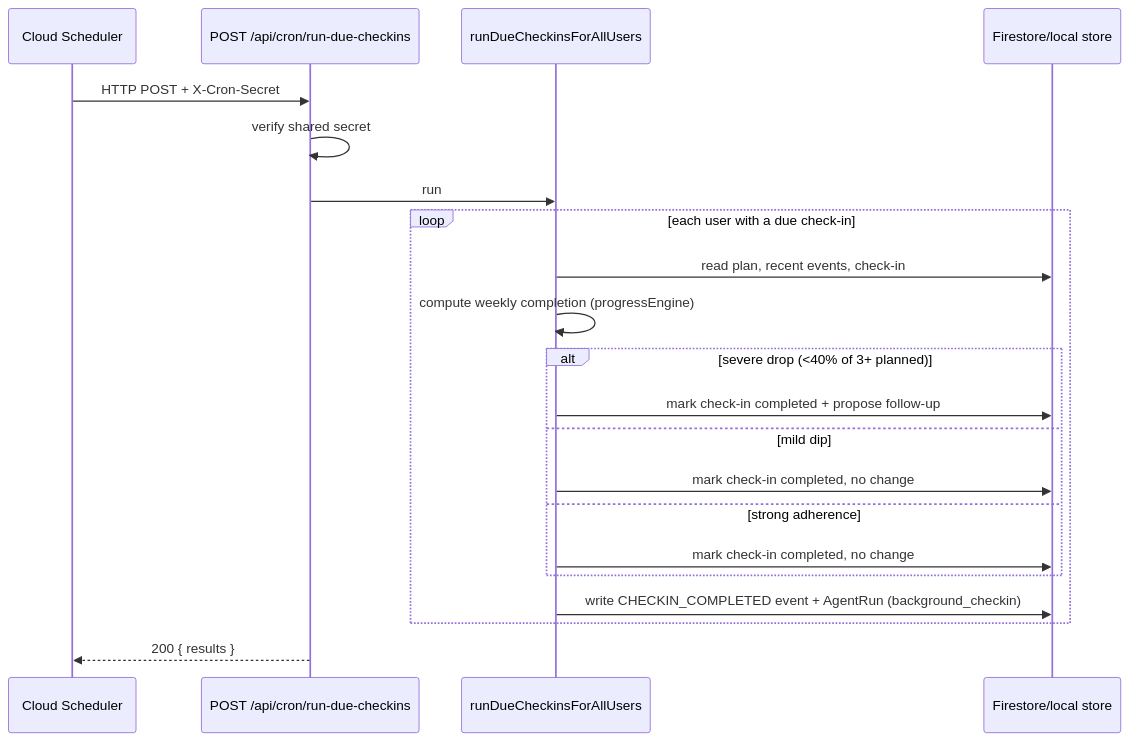
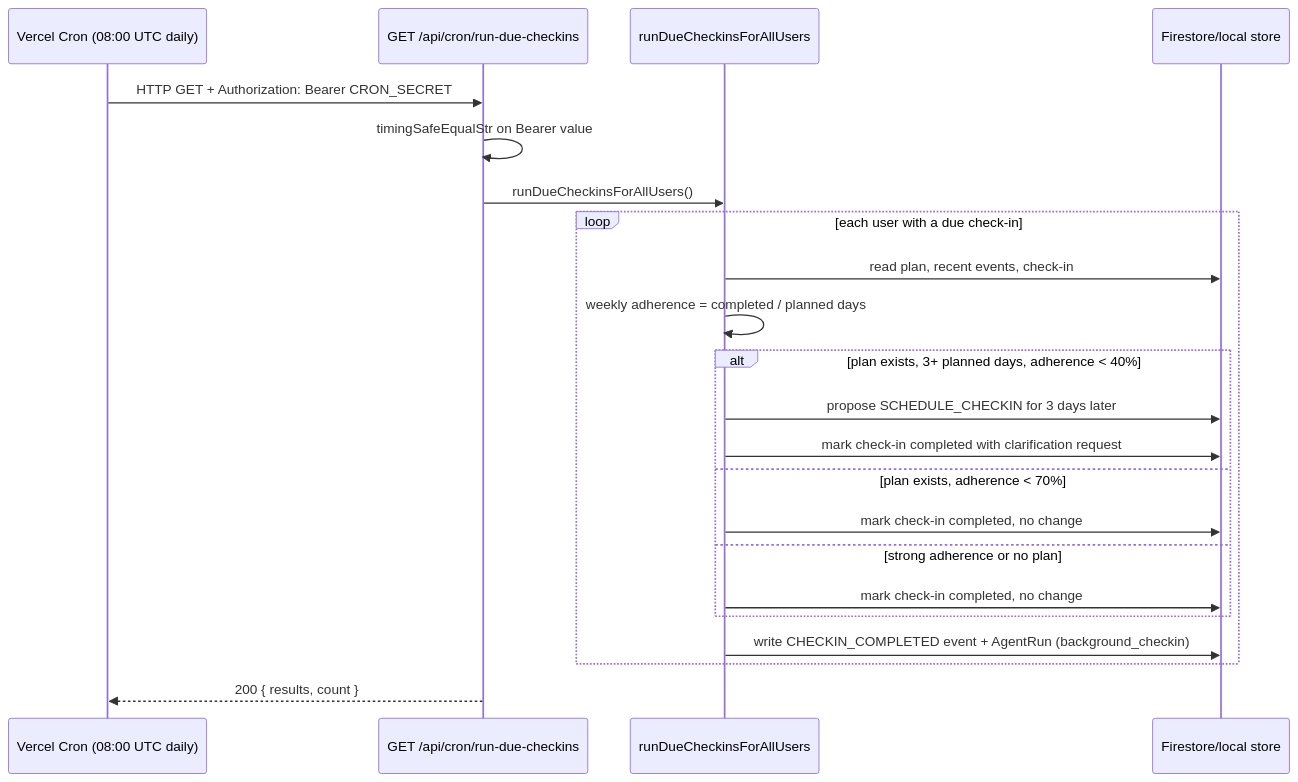
Before and after one commit to himanishpuri/continuum: the fifth of 6 diagrams in docs/architecture.md, drawn with Mermaid. The commit also changed other lines of this file and 21 other files, not shown here.

First line of the commit message:
chore: drop Cloud Run path and dead code, refresh docs

````diff
--- a/docs/architecture.md
+++ b/docs/architecture.md
@@ -111,24 +112,25 @@
 ```mermaid
 sequenceDiagram
-    participant Scheduler as Cloud Scheduler
-    participant Cron as POST /api/cron/run-due-checkins
+    participant Scheduler as Vercel Cron (08:00 UTC daily)
+    participant Cron as GET /api/cron/run-due-checkins
     participant Job as runDueCheckinsForAllUsers
     participant Data as Firestore/local store
 
-    Scheduler->>Cron: HTTP POST + X-Cron-Secret
-    Cron->>Cron: verify shared secret
-    Cron->>Job: run
+    Scheduler->>Cron: HTTP GET + Authorization: Bearer CRON_SECRET
+    Cron->>Cron: timingSafeEqualStr on Bearer value
+    Cron->>Job: runDueCheckinsForAllUsers()
     loop each user with a due check-in
         Job->>Data: read plan, recent events, check-in
-        Job->>Job: compute weekly completion (progressEngine)
-        alt severe drop (<40% of 3+ planned)
-            Job->>Data: mark check-in completed + propose follow-up
-        else mild dip
+        Job->>Job: weekly adherence = completed / planned days
+        alt plan exists, 3+ planned days, adherence < 40%
+            Job->>Data: propose SCHEDULE_CHECKIN for 3 days later
+            Job->>Data: mark check-in completed with clarification request
+        else plan exists, adherence < 70%
             Job->>Data: mark check-in completed, no change
-        else strong adherence
+        else strong adherence or no plan
             Job->>Data: mark check-in completed, no change
         end
         Job->>Data: write CHECKIN_COMPLETED event + AgentRun (background_checkin)
     end
-    Cron-->>Scheduler: 200 { results }
+    Cron-->>Scheduler: 200 { results, count }
 ```
````
